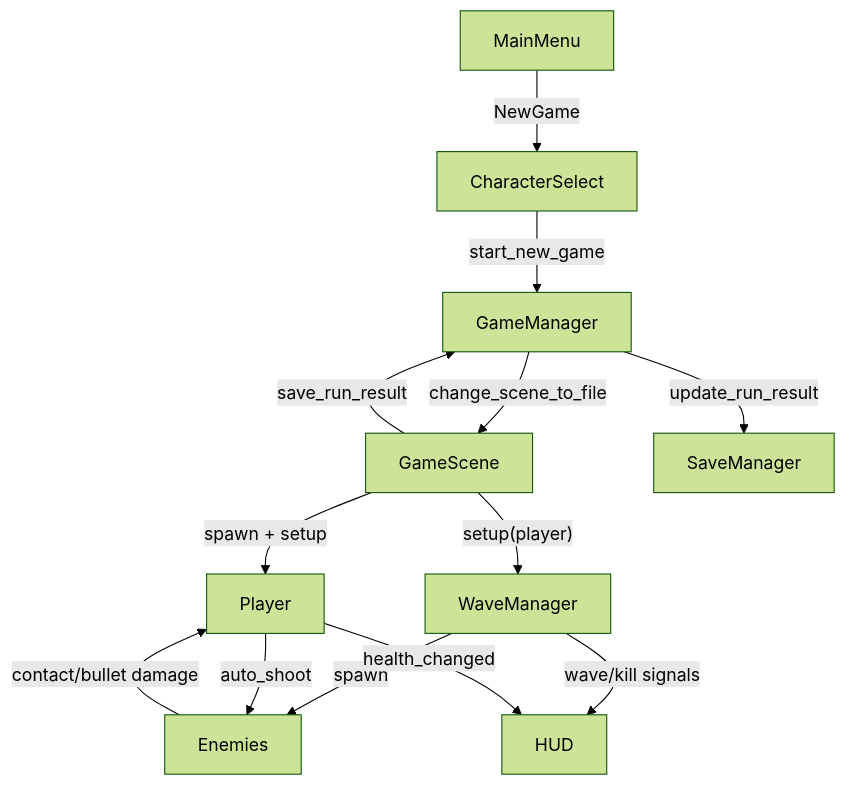
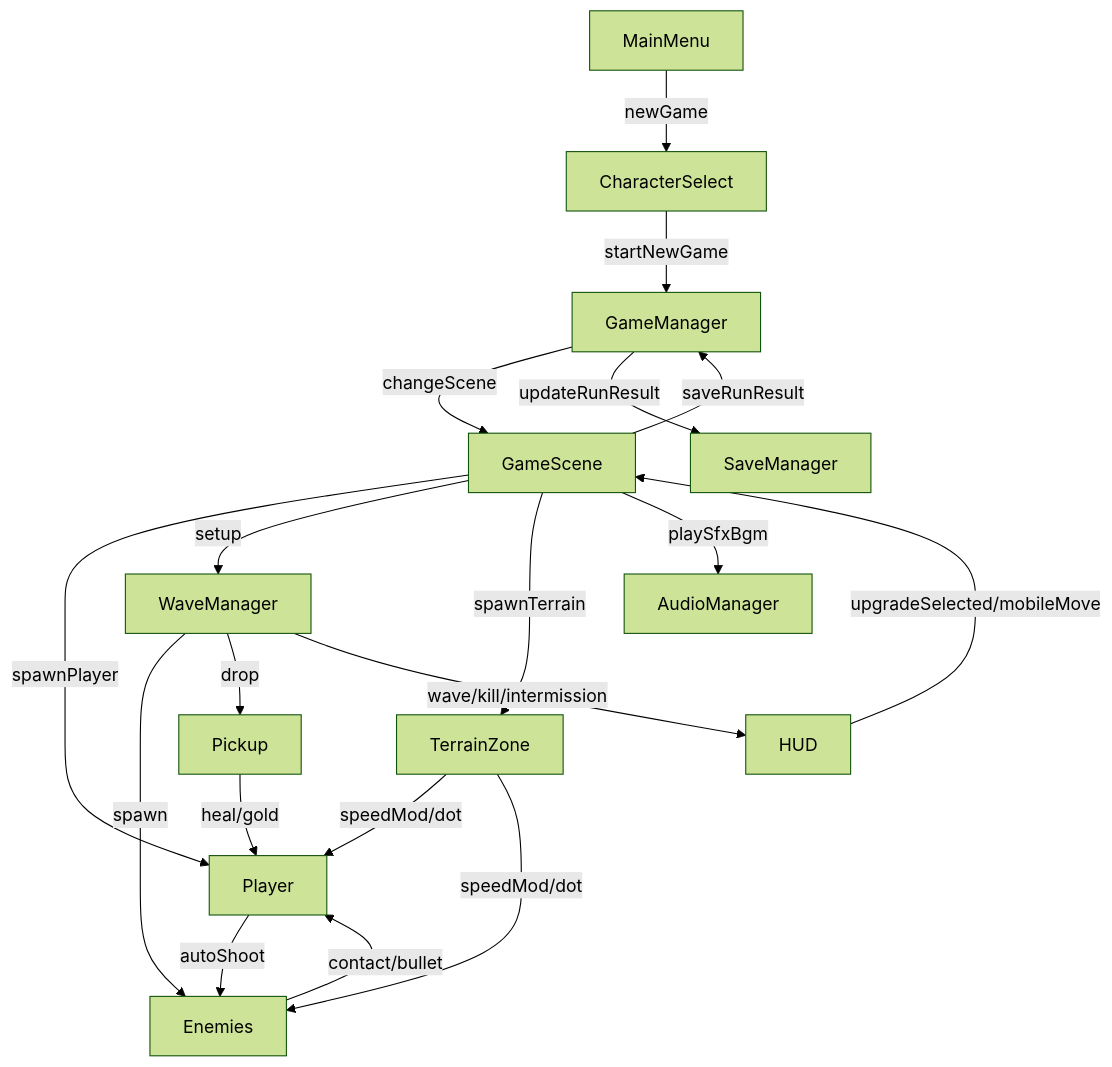
The diagram in docs/DEVELOPER_GUIDE.md (wanwenxin/godot-project-20260214), drawn with Mermaid (forest theme) before and after one commit. The commit also changed other lines of this file and 27 other files, not shown here.

Commit message:
新增系统总览：升级、地形、掉落、Boss、触控、音频 关键模块职责（autoload / battle / enemy-wave / terrain / ui） 最新数据流 mermaid 图 关键配置项（调参入口） 扩展入口指南（加升级、加敌人、加地形、替换真音频） 常见报错排障（flushing queries / INTEGER_DIVISION / SHADOWED_VARIABLE） 验证清单（回归测试项）

````diff
--- a/docs/DEVELOPER_GUIDE.md
+++ b/docs/DEVELOPER_GUIDE.md
@@ -75,27 +117,37 @@
 ```mermaid
 flowchart TD
-    MainMenu[MainMenu]
-    CharacterSelect[CharacterSelect]
-    GameScene[GameScene]
-    GameManager[GameManager]
-    SaveManager[SaveManager]
-    WaveManager[WaveManager]
-    Player[Player]
-    Enemies[Enemies]
-    HUD[HUD]
+    mainMenu[MainMenu]
+    characterSelect[CharacterSelect]
+    gameScene[GameScene]
+    gameManager[GameManager]
+    saveManager[SaveManager]
+    audioManager[AudioManager]
+    waveManager[WaveManager]
+    terrainZone[TerrainZone]
+    player[Player]
+    enemies[Enemies]
+    hud[HUD]
+    pickup[Pickup]
 
-    MainMenu -->|"NewGame"| CharacterSelect
-    CharacterSelect -->|"start_new_game"| GameManager
-    GameManager -->|"change_scene_to_file"| GameScene
+    mainMenu -->|"newGame"| characterSelect
+    characterSelect -->|"startNewGame"| gameManager
+    gameManager -->|"changeScene"| gameScene
 
-    GameScene -->|"spawn + setup"| Player
-    GameScene -->|"setup(player)"| WaveManager
-    WaveManager -->|"spawn"| Enemies
-    Player -->|"auto_shoot"| Enemies
-    Enemies -->|"contact/bullet damage"| Player
-    WaveManager -->|"wave/kill signals"| HUD
-    Player -->|"health_changed"| HUD
+    gameScene -->|"spawnPlayer"| player
+    gameScene -->|"setup"| waveManager
+    gameScene -->|"spawnTerrain"| terrainZone
+    waveManager -->|"spawn"| enemies
 
-    GameScene -->|"save_run_result"| GameManager
-    GameManager -->|"update_run_result"| SaveManager
+    player -->|"autoShoot"| enemies
+    enemies -->|"contact/bullet"| player
+    terrainZone -->|"speedMod/dot"| player
+    terrainZone -->|"speedMod/dot"| enemies
+    waveManager -->|"drop"| pickup
+    pickup -->|"heal/gold"| player
+
+    waveManager -->|"wave/kill/intermission"| hud
+    hud -->|"upgradeSelected/mobileMove"| gameScene
+    gameScene -->|"saveRunResult"| gameManager
+    gameManager -->|"updateRunResult"| saveManager
+    gameScene -->|"playSfxBgm"| audioManager
 ```
````
